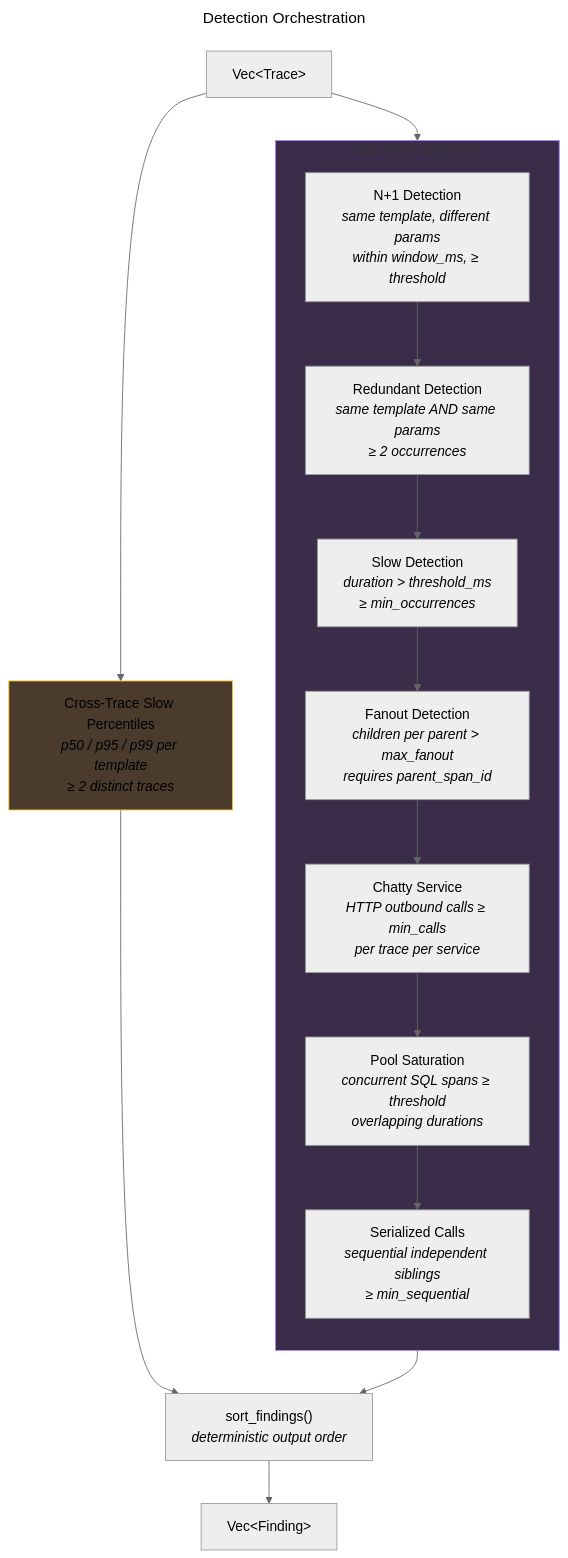
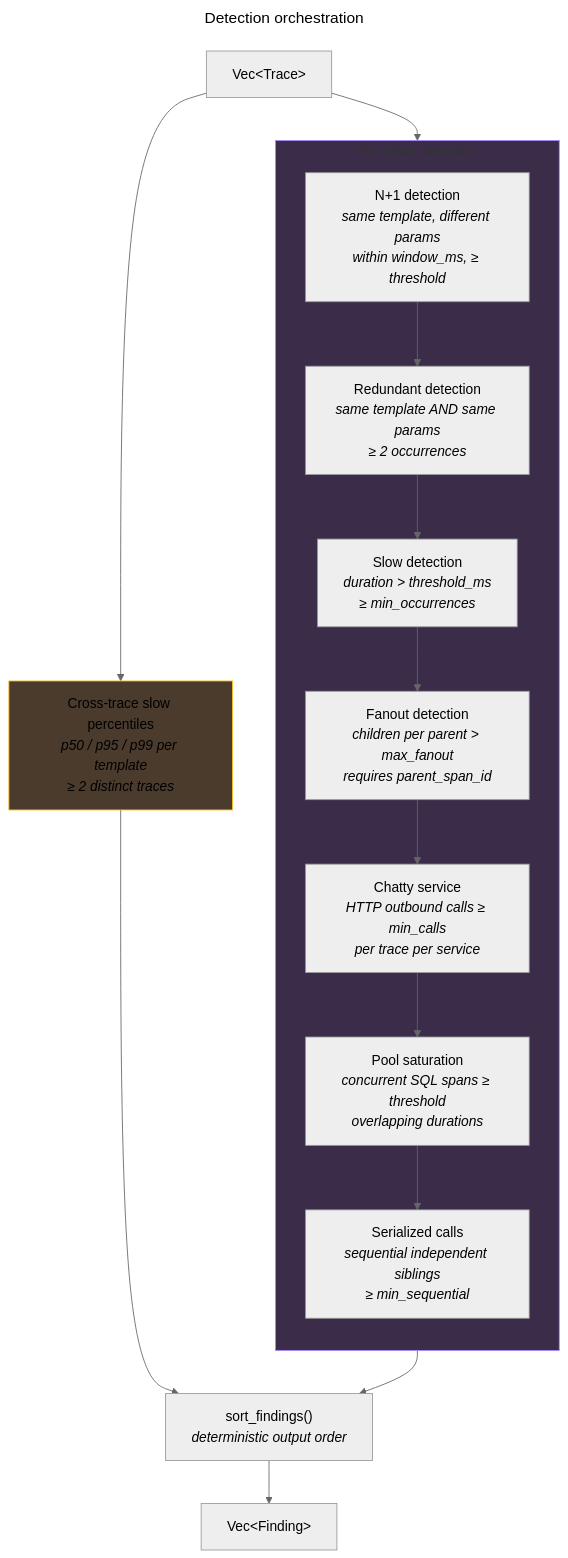
Before and after one commit to robintra/perf-sentinel: the diagram in docs/diagrams/mmd/detection.mmd, drawn with Mermaid (neutral theme). The commit also changed 94 other files, not shown here.

```diff
--- a/docs/diagrams/mmd/detection.mmd
+++ b/docs/diagrams/mmd/detection.mmd
@@ -1,32 +1,32 @@
 ---
-title: Detection Orchestration
+title: Detection orchestration
 ---
 flowchart TD
     traces["Vec&lt;Trace&gt;"]
 
-    subgraph pertrace["Per-Trace Detection"]
+    subgraph pertrace["Per-trace detection"]
         direction TB
-        npo["N+1 Detection<br/><i>same template, different params<br/>within window_ms, &ge; threshold</i>"]
-        red["Redundant Detection<br/><i>same template AND same params<br/>&ge; 2 occurrences</i>"]
-        slow["Slow Detection<br/><i>duration &gt; threshold_ms<br/>&ge; min_occurrences</i>"]
-        fan["Fanout Detection<br/><i>children per parent &gt; max_fanout<br/>requires parent_span_id</i>"]
-        chatty["Chatty Service<br/><i>HTTP outbound calls &ge; min_calls<br/>per trace per service</i>"]
-        pool["Pool Saturation<br/><i>concurrent SQL spans &ge; threshold<br/>overlapping durations</i>"]
-        serial["Serialized Calls<br/><i>sequential independent siblings<br/>&ge; min_sequential</i>"]
+        npo["N+1 detection<br/><i>same template, different params<br/>within window_ms, &ge; threshold</i>"]
+        red["Redundant detection<br/><i>same template AND same params<br/>&ge; 2 occurrences</i>"]
+        slow["Slow detection<br/><i>duration &gt; threshold_ms<br/>&ge; min_occurrences</i>"]
+        fan["Fanout detection<br/><i>children per parent &gt; max_fanout<br/>requires parent_span_id</i>"]
+        chatty["Chatty service<br/><i>HTTP outbound calls &ge; min_calls<br/>per trace per service</i>"]
+        pool["Pool saturation<br/><i>concurrent SQL spans &ge; threshold<br/>overlapping durations</i>"]
+        serial["Serialized calls<br/><i>sequential independent siblings<br/>&ge; min_sequential</i>"]
         npo --> red --> slow --> fan --> chatty --> pool --> serial
     end
 
-    cross["Cross-Trace Slow Percentiles<br/><i>p50 / p95 / p99 per template<br/>&ge; 2 distinct traces</i>"]
+    cross["Cross-trace slow percentiles<br/><i>p50 / p95 / p99 per template<br/>&ge; 2 distinct traces</i>"]
 
     sort["sort_findings()<br/><i>deterministic output order</i>"]
 
     findings["Vec&lt;Finding&gt;"]
 
     traces --> pertrace
     traces --> cross
     pertrace --> sort
     cross --> sort
     sort --> findings
 
     style pertrace fill:#3b2d4a,stroke:#a78bfa
     style cross fill:#4a3b2d,stroke:#fbbf24
```
